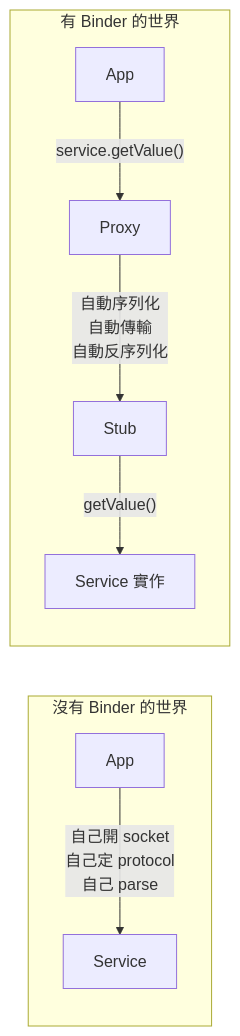
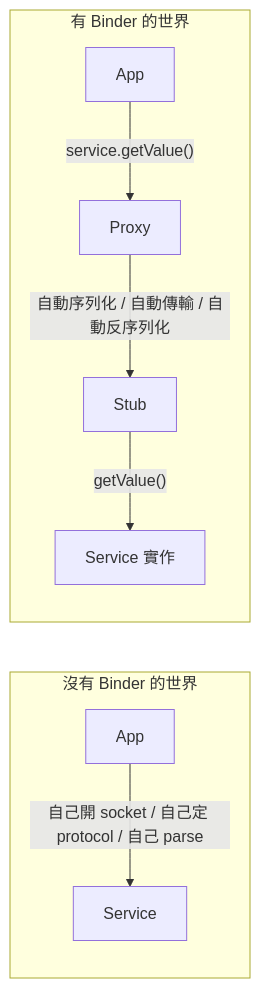
Before and after one commit to Owen771/mini-AOSP: the seventh of 26 diagrams in docs/learning-guide.md, drawn with Mermaid. The commit also changed other lines of this file and 34 other files, not shown here.

````diff
--- a/docs/learning-guide.md
+++ b/docs/learning-guide.md
@@ -692,12 +706,12 @@
 ```mermaid
 graph LR
-    subgraph "沒有 Binder 的世界"
-        A1[App] -->|"自己開 socket<br/>自己定 protocol<br/>自己 parse"| S1[Service]
-    end
+ subgraph "沒有 Binder 的世界"
+ A1[App] -->|"自己開 socket / 自己定 protocol / 自己 parse"| S1[Service]
+ end
 
-    subgraph "有 Binder 的世界"
-        A2[App] -->|"service.getValue()"| P[Proxy]
-        P -->|"自動序列化<br/>自動傳輸<br/>自動反序列化"| ST[Stub]
-        ST -->|"getValue()"| S2[Service 實作]
-    end
+ subgraph "有 Binder 的世界"
+ A2[App] -->|"service.getValue()"| P[Proxy]
+ P -->|"自動序列化 / 自動傳輸 / 自動反序列化"| ST[Stub]
+ ST -->|"getValue()"| S2[Service 實作]
+ end
 ```
````
